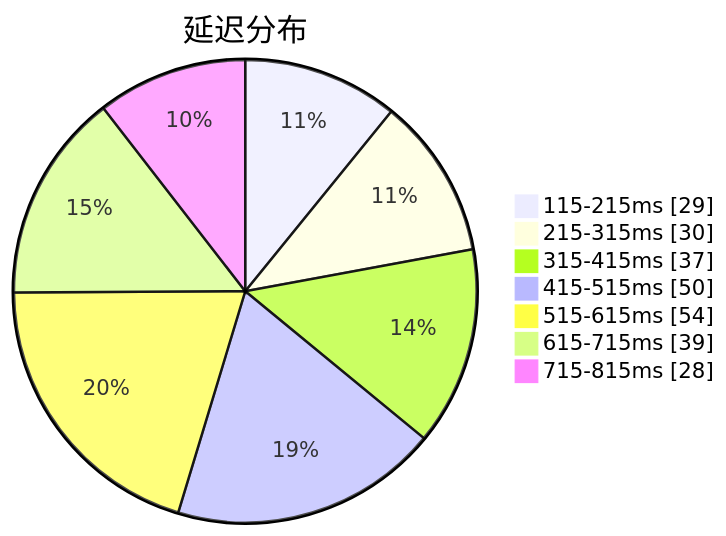
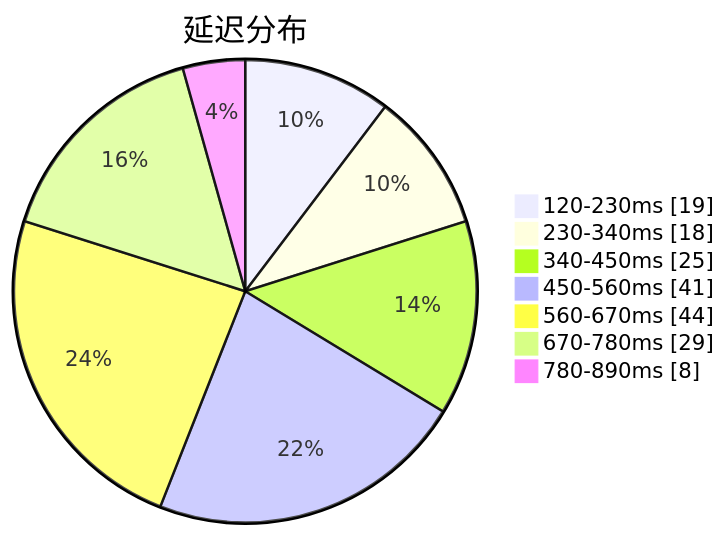
Before and after one commit to sinspired/airport: the first of 3 diagrams in subs/statistics/tested_within.md, drawn with Mermaid. The commit also changed other lines of this file and 2 other files, not shown here.

````diff
--- a/subs/statistics/tested_within.md
+++ b/subs/statistics/tested_within.md
@@ -2,11 +2,11 @@
 ```mermaid
 pie showData
 title 延迟分布
-"115-215ms" : 29
-"215-315ms" : 30
-"315-415ms" : 37
-"415-515ms" : 50
-"515-615ms" : 54
-"615-715ms" : 39
-"715-815ms" : 28
+"120-230ms" : 19
+"230-340ms" : 18
+"340-450ms" : 25
+"450-560ms" : 41
+"560-670ms" : 44
+"670-780ms" : 29
+"780-890ms" : 8
 ```
````
